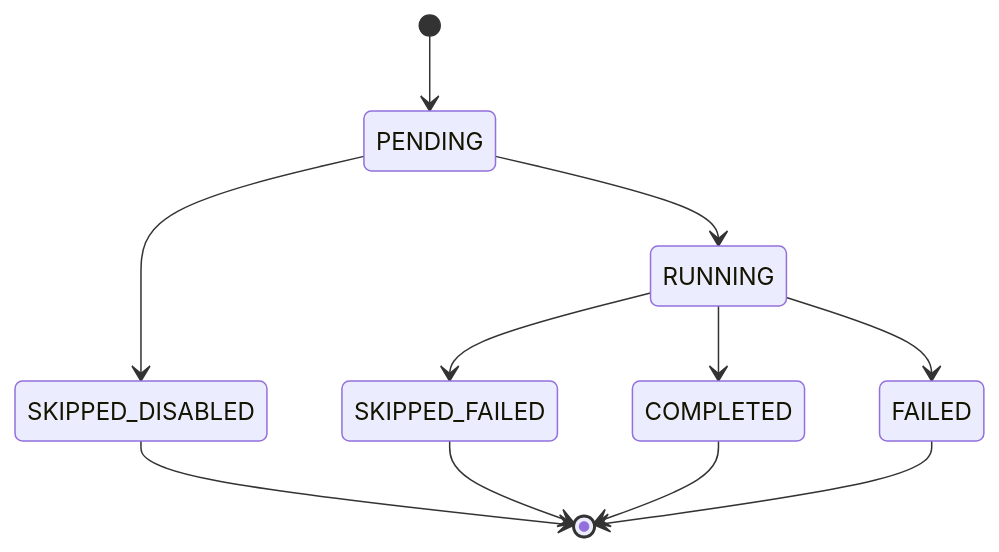
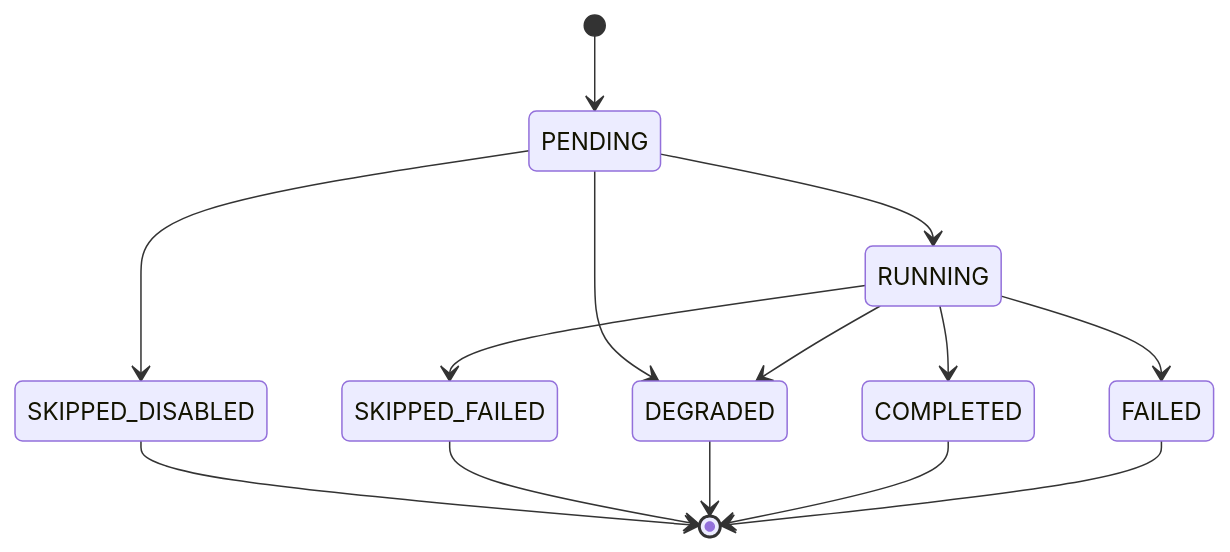
The eighth of 32 diagrams in docs/flowchart.md (AviralGup7/Singularity-Zero), drawn with Mermaid before and after one commit. The commit also changed other lines of this file, not shown here.

Commit message:
docs(flowchart): complete portal map, add DEGRADED CAS status, API security gate, and storage tiering

````diff
--- a/docs/flowchart.md
+++ b/docs/flowchart.md
@@ -231,13 +234,16 @@
 ```mermaid
 stateDiagram-v2
     [*] --> PENDING
     PENDING --> RUNNING
     PENDING --> SKIPPED_DISABLED
+    PENDING --> DEGRADED
     RUNNING --> COMPLETED
+    RUNNING --> DEGRADED
     RUNNING --> FAILED
     RUNNING --> SKIPPED_FAILED
     SKIPPED_DISABLED --> [*]
     SKIPPED_FAILED --> [*]
+    DEGRADED --> [*]
     COMPLETED --> [*]
     FAILED --> [*]
 ```
````
